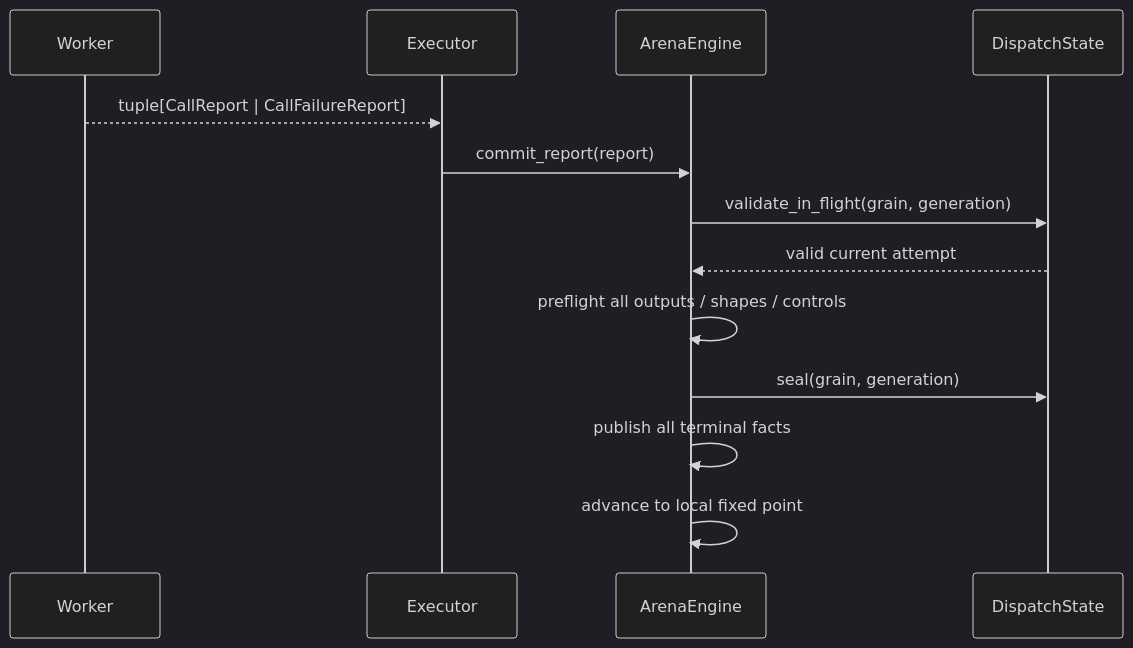
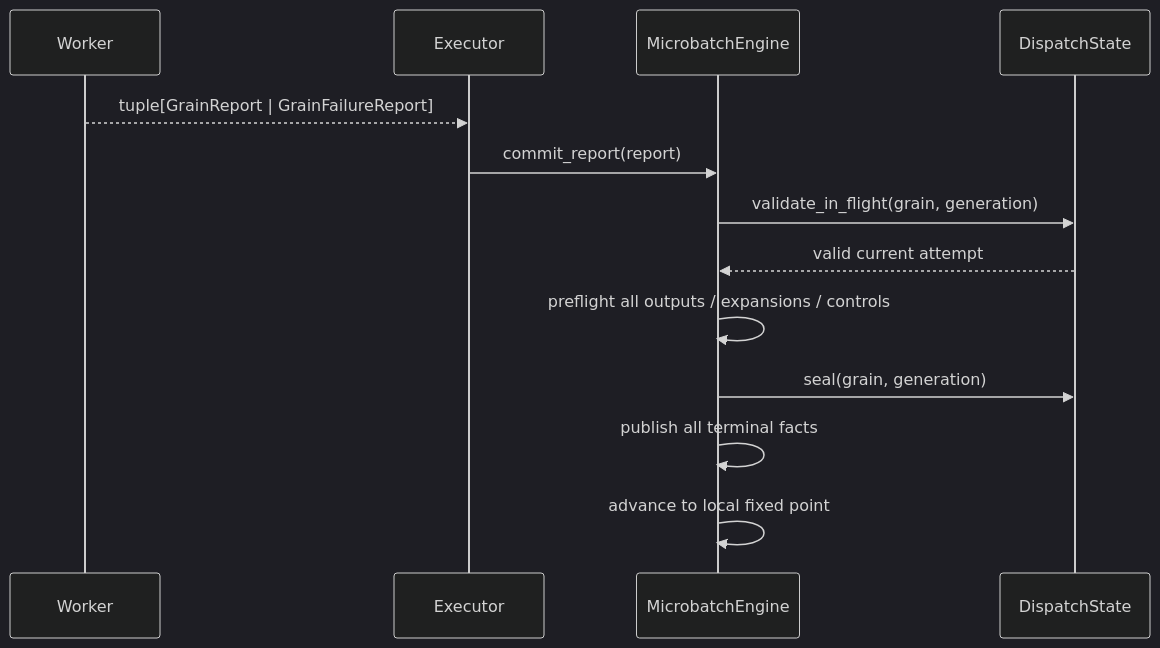
The tenth of 16 diagrams in docs/multigrain_v3_6_tutorial.md (OpenDCAI/RayOrch), drawn with Mermaid (dark theme) before and after one commit. The commit also changed other lines of this file and 38 other files, not shown here.

Commit message:
feat(v3.6): unify architecture vocabulary and state ownership

````diff
--- a/docs/multigrain_v3_6_tutorial.md
+++ b/docs/multigrain_v3_6_tutorial.md
@@ -1085,16 +1104,16 @@
 ```mermaid
 sequenceDiagram
     participant W as Worker
     participant E as Executor
-    participant A as ArenaEngine
+    participant A as MicrobatchEngine
     participant D as DispatchState
 
-    W-->>E: tuple[CallReport | CallFailureReport]
+    W-->>E: tuple[GrainReport | GrainFailureReport]
     E->>A: commit_report(report)
     A->>D: validate_in_flight(grain, generation)
     D-->>A: valid current attempt
-    A->>A: preflight all outputs / shapes / controls
+    A->>A: preflight all outputs / expansions / controls
     A->>D: seal(grain, generation)
     A->>A: publish all terminal facts
     A->>A: advance to local fixed point
 ```
````
